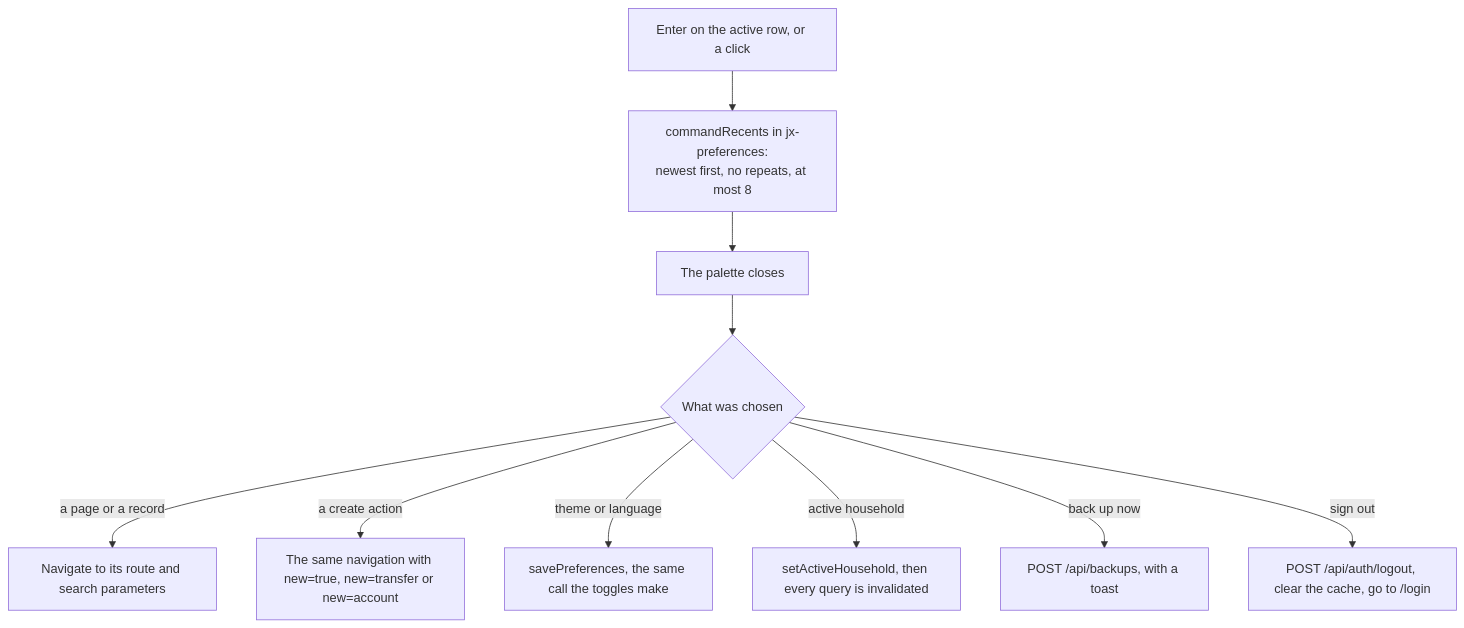
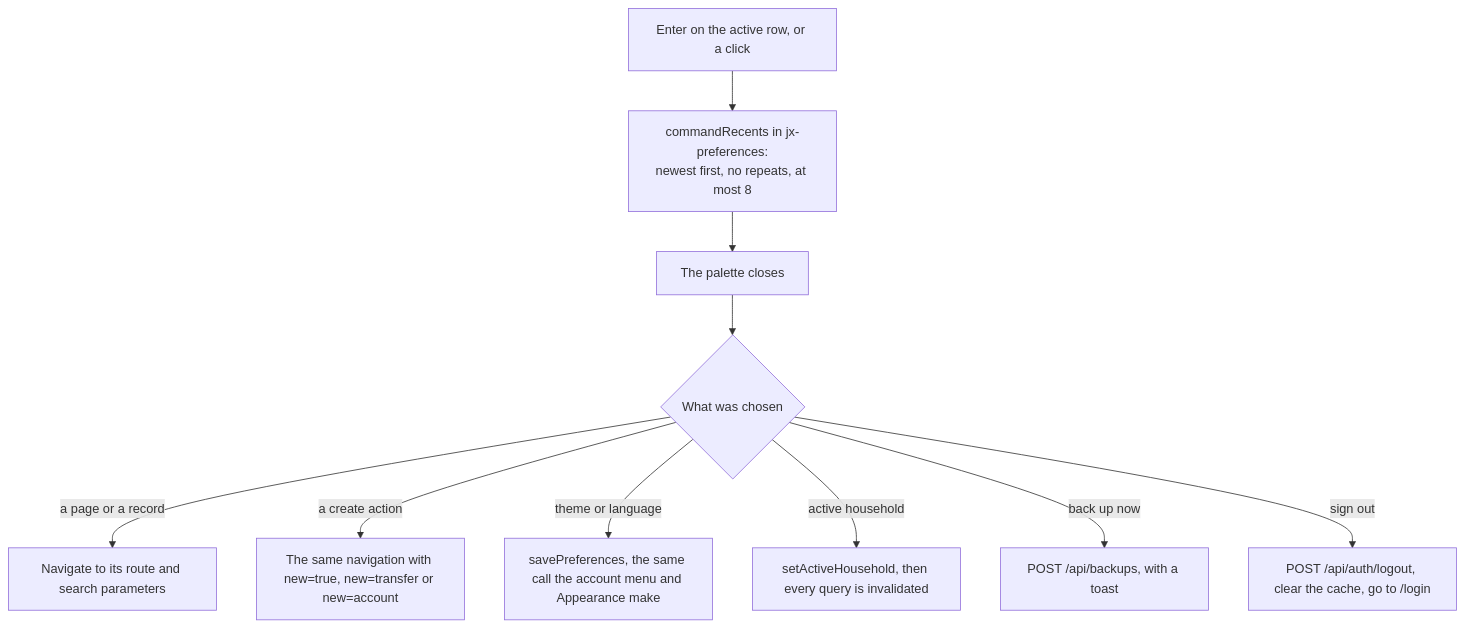
Before and after one commit to Justxs/Jx-Finance: the fifth of 5 diagrams in docs/features/interface.md, drawn with Mermaid. The commit also changed other lines of this file and 180 other files, not shown here.

First line of the commit message:
refactor: remove reports and close routes, update navigation and dashboard schemas

````diff
--- a/docs/features/interface.md
+++ b/docs/features/interface.md
@@ -113,12 +112,12 @@
 ```mermaid
 flowchart TD
     Choose["Enter on the active row, or a click"] --> Remember["commandRecents in jx-preferences:<br/>newest first, no repeats, at most 8"]
     Remember --> Close["The palette closes"]
     Close --> Kind{"What was chosen"}
     Kind -->|"a page or a record"| Nav["Navigate to its route and search parameters"]
     Kind -->|"a create action"| Url["The same navigation with new=true, new=transfer or new=account"]
-    Kind -->|"theme or language"| Pref["savePreferences, the same call the toggles make"]
+    Kind -->|"theme or language"| Pref["savePreferences, the same call the account menu and Appearance make"]
     Kind -->|"active household"| Scope["setActiveHousehold, then every query is invalidated"]
     Kind -->|"back up now"| Backup["POST /api/backups, with a toast"]
     Kind -->|"sign out"| Out["POST /api/auth/logout, clear the cache, go to /login"]
 ```
````
